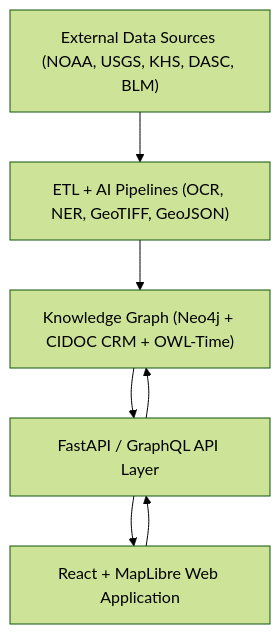
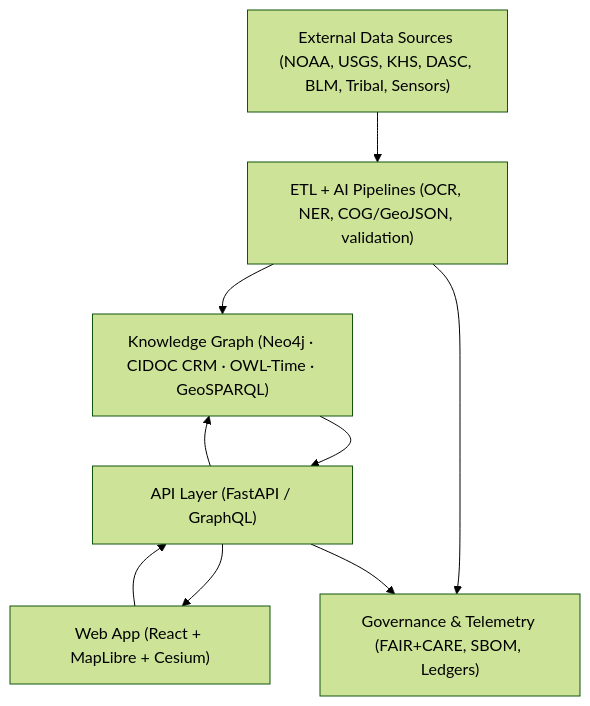
One commit to bartytime4life/Kansas-Frontier-Matrix changed the diagram in README.md. Above: the diagram before and after it, drawn with Mermaid (forest theme). The commit also changed other lines of this file, not shown here.

````diff
--- a/README.md
+++ b/README.md
@@ -75,10 +73,13 @@
 ```mermaid
 flowchart TD
-A["External Data Sources (NOAA, USGS, KHS, DASC, BLM)"]
-B["ETL + AI Pipelines (OCR, NER, GeoTIFF, GeoJSON)"]
-C["Knowledge Graph (Neo4j + CIDOC CRM + OWL-Time)"]
-D["FastAPI / GraphQL API Layer"]
-E["React + MapLibre Web Application"]
+A["External Data Sources (NOAA, USGS, KHS, DASC, BLM, Tribal, Sensors)"]
+B["ETL + AI Pipelines (OCR, NER, COG/GeoJSON, validation)"]
+C["Knowledge Graph (Neo4j · CIDOC CRM · OWL-Time · GeoSPARQL)"]
+D["API Layer (FastAPI / GraphQL)"]
+E["Web App (React + MapLibre + Cesium)"]
+F["Governance & Telemetry (FAIR+CARE, SBOM, Ledgers)"]
 A --> B --> C --> D --> E
+B --> F
+D --> F
 E --> D --> C
 ```
````
